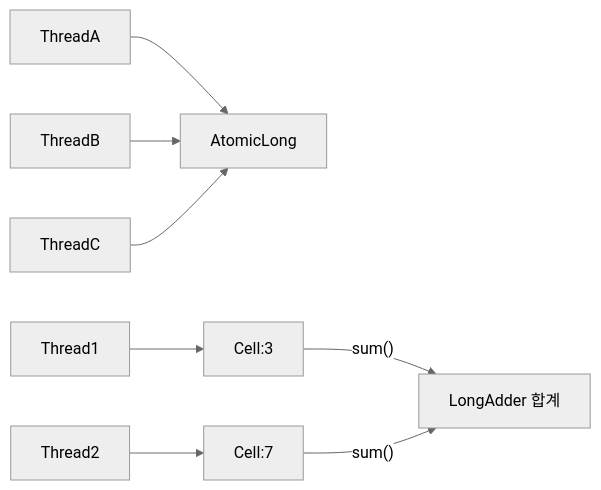
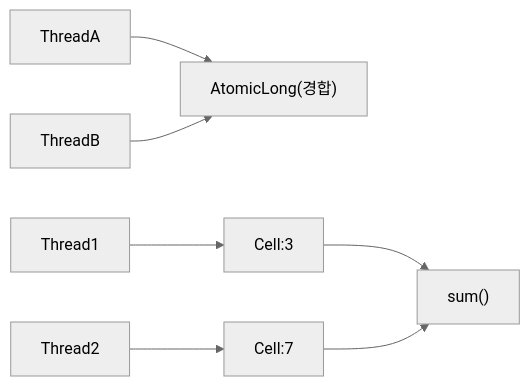
Diagram 11 of 17 in _posts/java/2026-05-01-java-thread.md (yjkim2015/yjkim2015.github.io), drawn with Mermaid (neutral theme) before and after one commit. The commit also changed other lines of this file and 163 other files, not shown here.

First line of the commit message:
Mermaid 300개 블록 내용 축소: 5노드 5엣지 이하, 의미 있는 약어

````diff
--- a/_posts/java/2026-05-01-java-thread.md
+++ b/_posts/java/2026-05-01-java-thread.md
@@ -1101,7 +1078,7 @@
 ```mermaid
 graph LR
-    TA[ThreadA] & TB[ThreadB] & TC[ThreadC] --> CELL["AtomicLong"]
-    T1[Thread1] --> C1["Cell:3"]
-    T2[Thread2] --> C2["Cell:7"]
-    C1 & C2 -->|"sum()"| SUM["LongAdder 합계"]
+    TA["ThreadA"] & TB["ThreadB"] --> CELL["AtomicLong(경합)"]
+    T1["Thread1"] --> C1["Cell:3"]
+    T2["Thread2"] --> C2["Cell:7"]
+    C1 & C2 --> SUM["sum()"]
 ```
````
